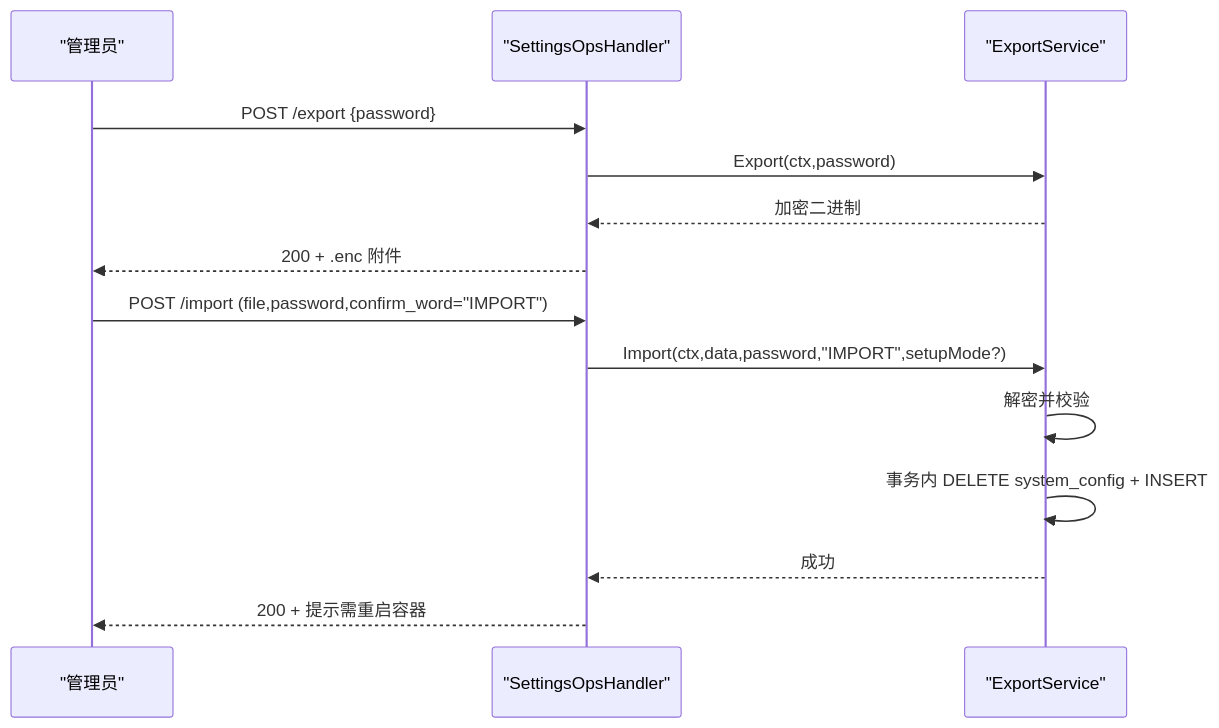
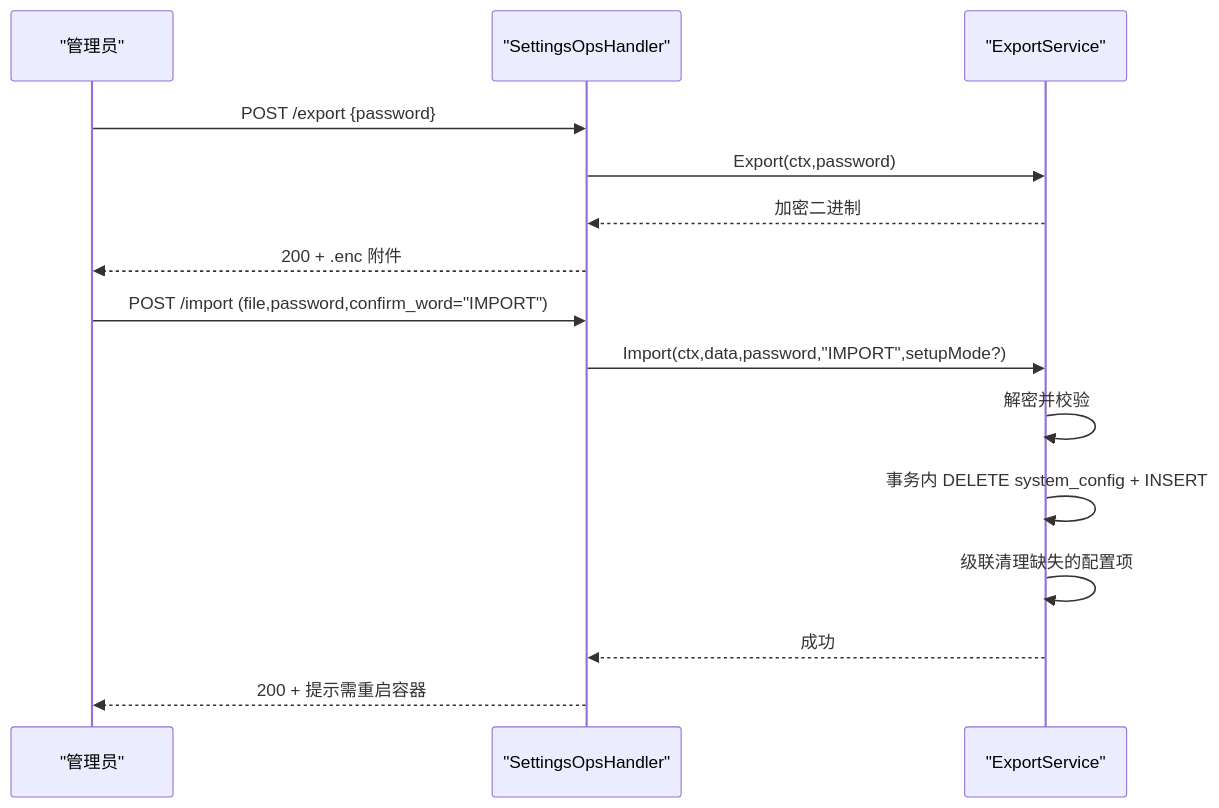
One commit to AlcaProphet/VPN-Subscription-Management changed the sixth of 8 diagrams in .qoder/repowiki/zh/content/API接口文档/系统设置API.md. Above: the diagram before and after it, drawn with Mermaid. The commit also changed other lines of this file and 8 other files, not shown here.

````diff
--- a/.qoder/repowiki/zh/content/API接口文档/系统设置API.md
+++ b/.qoder/repowiki/zh/content/API接口文档/系统设置API.md
@@ -291,16 +293,17 @@
 ```mermaid
 sequenceDiagram
 participant U as "管理员"
 participant H as "SettingsOpsHandler"
 participant E as "ExportService"
 U->>H : POST /export {password}
 H->>E : Export(ctx,password)
 E-->>H : 加密二进制
 H-->>U : 200 + .enc 附件
 U->>H : POST /import (file,password,confirm_word="IMPORT")
 H->>E : Import(ctx,data,password,"IMPORT",setupMode?)
 E->>E : 解密并校验
 E->>E : 事务内 DELETE system_config + INSERT
+E->>E : 级联清理缺失的配置项
 E-->>H : 成功
 H-->>U : 200 + 提示需重启容器
 ```
````
